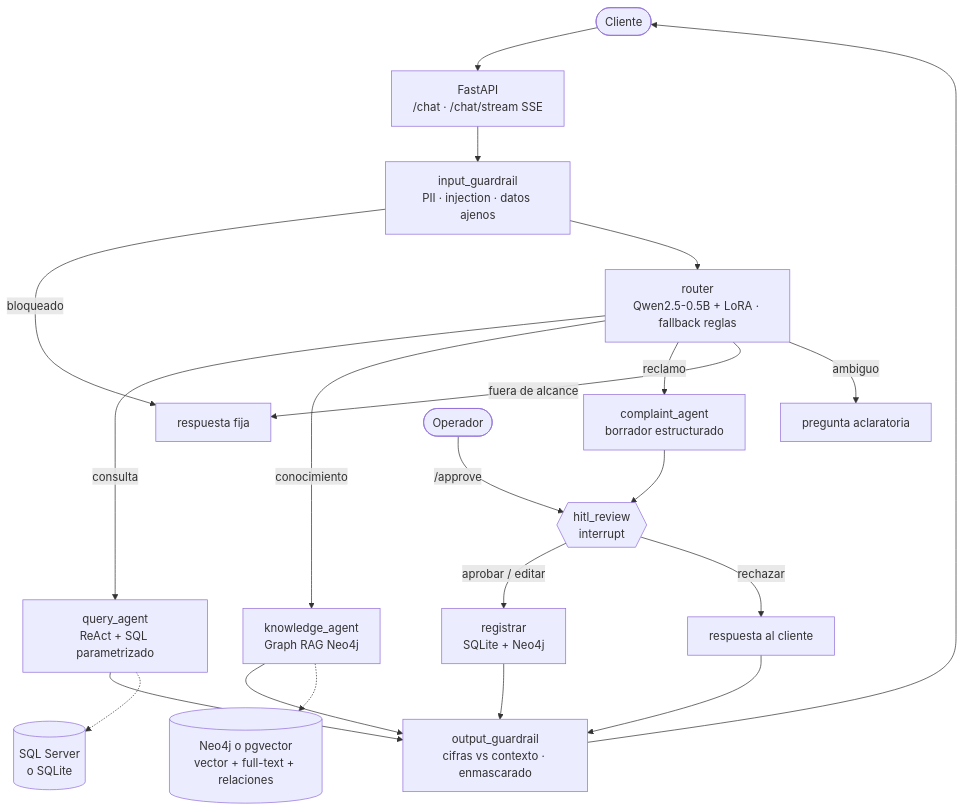
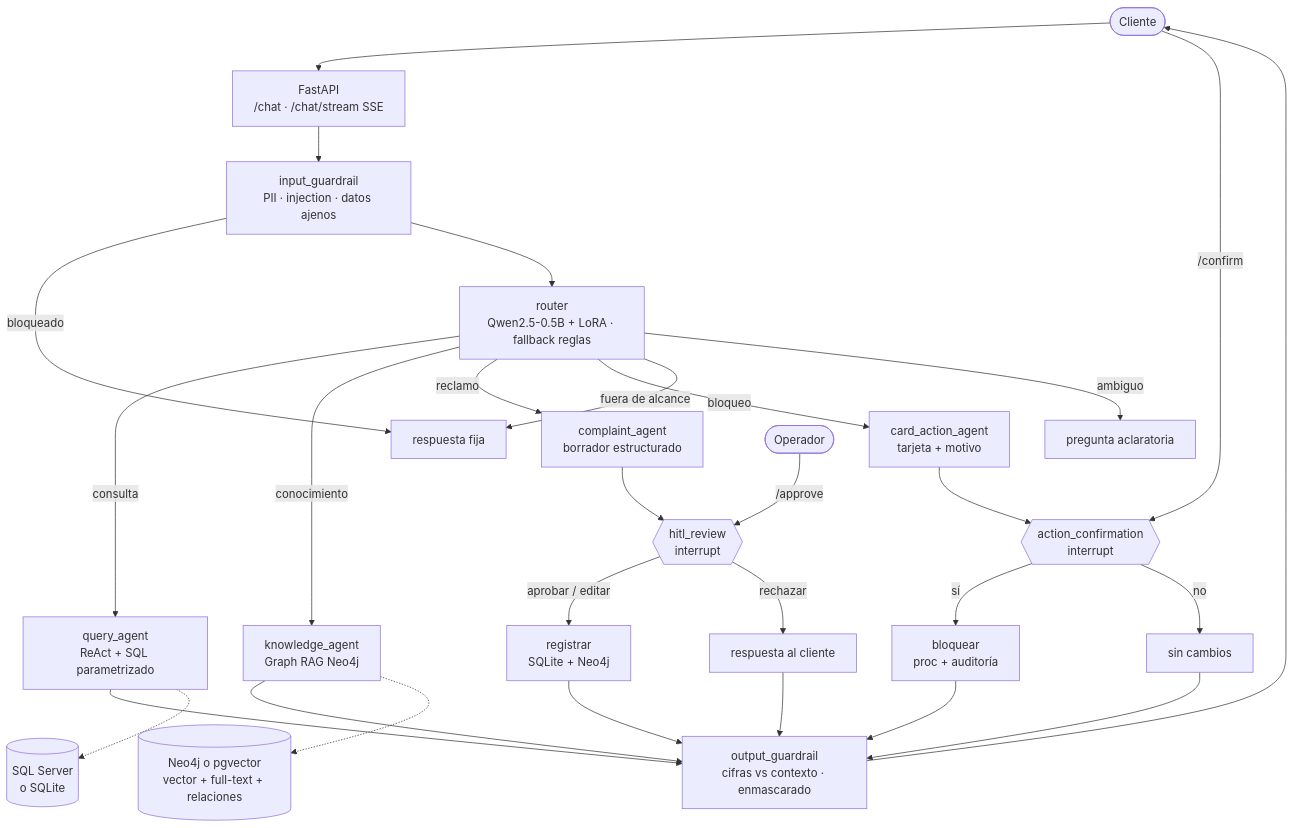
Before and after one commit to Elvis-David-Quinteros-Siles/banking-agentic-assistant: the diagram in README.md, drawn with Mermaid. The commit also changed other lines of this file and 51 other files, not shown here.

First line of the commit message:
feat: acciones con confirmación del cliente (bloqueo de tarjeta)

````diff
--- a/README.md
+++ b/README.md
@@ -71,20 +73,25 @@
 ```mermaid
 flowchart TD
     U([Cliente]) --> API[FastAPI<br/>/chat · /chat/stream SSE]
     API --> GIN[input_guardrail<br/>PII · injection · datos ajenos]
     GIN -- bloqueado --> BLK[respuesta fija]
     GIN --> R[router<br/>Qwen2.5-0.5B + LoRA · fallback reglas]
     R -- consulta --> QA[query_agent<br/>ReAct + SQL parametrizado]
     R -- conocimiento --> KA[knowledge_agent<br/>Graph RAG Neo4j]
     R -- reclamo --> CA[complaint_agent<br/>borrador estructurado]
+    R -- bloqueo --> CAA[card_action_agent<br/>tarjeta + motivo]
+    CAA --> AC{{action_confirmation<br/>interrupt}}
+    U -- /confirm --> AC
+    AC -- sí --> EX[bloquear<br/>proc + auditoría]
+    AC -- no --> CAN[sin cambios]
     R -- fuera de alcance --> BLK
     R -- ambiguo --> CL[pregunta aclaratoria]
     CA --> H{{hitl_review<br/>interrupt}}
     OP([Operador]) -- /approve --> H
     H -- aprobar / editar --> REG[registrar<br/>SQLite + Neo4j]
     H -- rechazar --> REJ[respuesta al cliente]
-    QA & KA & REG & REJ --> GOUT[output_guardrail<br/>cifras vs contexto · enmascarado]
+    QA & KA & REG & REJ & EX & CAN --> GOUT[output_guardrail<br/>cifras vs contexto · enmascarado]
     GOUT --> U
     QA -.-> SQL[(SQL Server<br/>o SQLite)]
     KA -.-> NEO[(Neo4j o pgvector<br/>vector + full-text + relaciones)]
 ```
````
